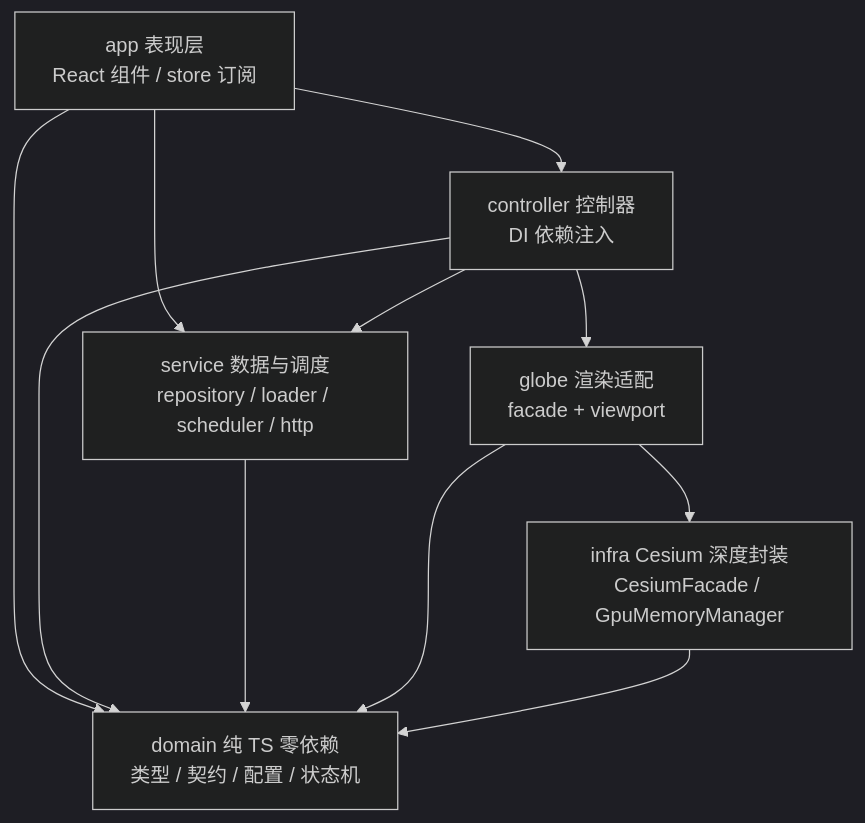
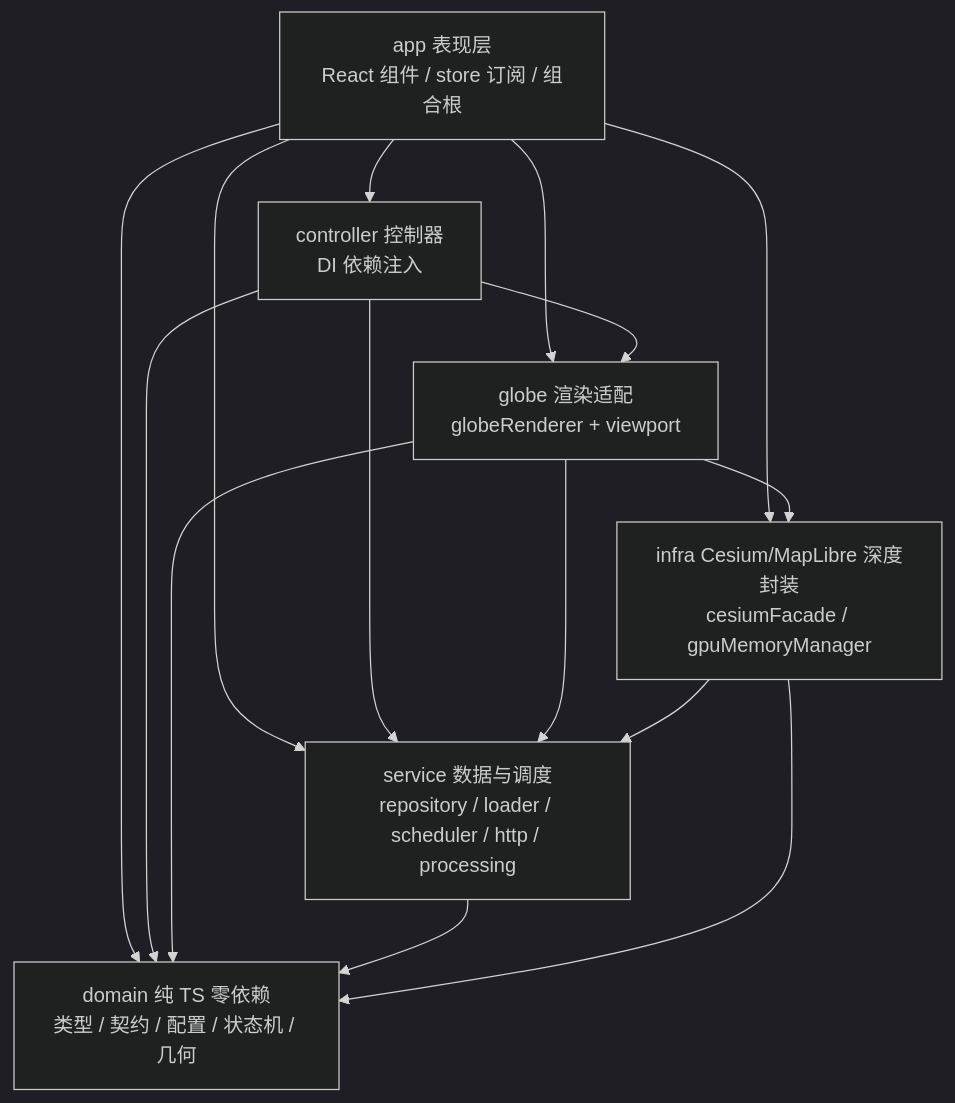
The first of 4 diagrams in CLAUDE.md (gis2all/earth-viewer), drawn with Mermaid (dark theme) before and after one commit. The commit also changed other lines of this file and 1 other file, not shown here.

Commit message:
docs: refresh CLAUDE and README for refactored architecture

````diff
--- a/CLAUDE.md
+++ b/CLAUDE.md
@@ -113,20 +113,24 @@
 ```mermaid
 flowchart TD
-    App[app 表现层<br/>React 组件 / store 订阅]
+    App[app 表现层<br/>React 组件 / store 订阅 / 组合根]
     Ctrl[controller 控制器<br/>DI 依赖注入]
-    Svc[service 数据与调度<br/>repository / loader / scheduler / http]
-    Dom[domain 纯 TS 零依赖<br/>类型 / 契约 / 配置 / 状态机]
-    Globe[globe 渲染适配<br/>facade + viewport]
-    Infra[infra Cesium 深度封装<br/>CesiumFacade / GpuMemoryManager]
+    Svc[service 数据与调度<br/>repository / loader / scheduler / http / processing]
+    Dom[domain 纯 TS 零依赖<br/>类型 / 契约 / 配置 / 状态机 / 几何]
+    Globe[globe 渲染适配<br/>globeRenderer + viewport]
+    Infra[infra Cesium/MapLibre 深度封装<br/>cesiumFacade / gpuMemoryManager]
 
     App --> Ctrl
+    App --> Globe
     App --> Svc
+    App --> Infra
     App --> Dom
+    Ctrl --> Globe
     Ctrl --> Svc
     Ctrl --> Dom
-    Ctrl --> Globe
+    Globe --> Infra
+    Globe --> Svc
+    Globe --> Dom
     Svc --> Dom
-    Globe --> Infra
-    Globe --> Dom
+    Infra --> Svc
     Infra --> Dom
 ```
````
